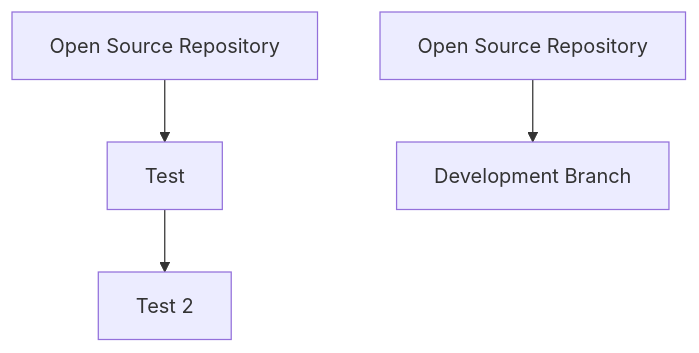
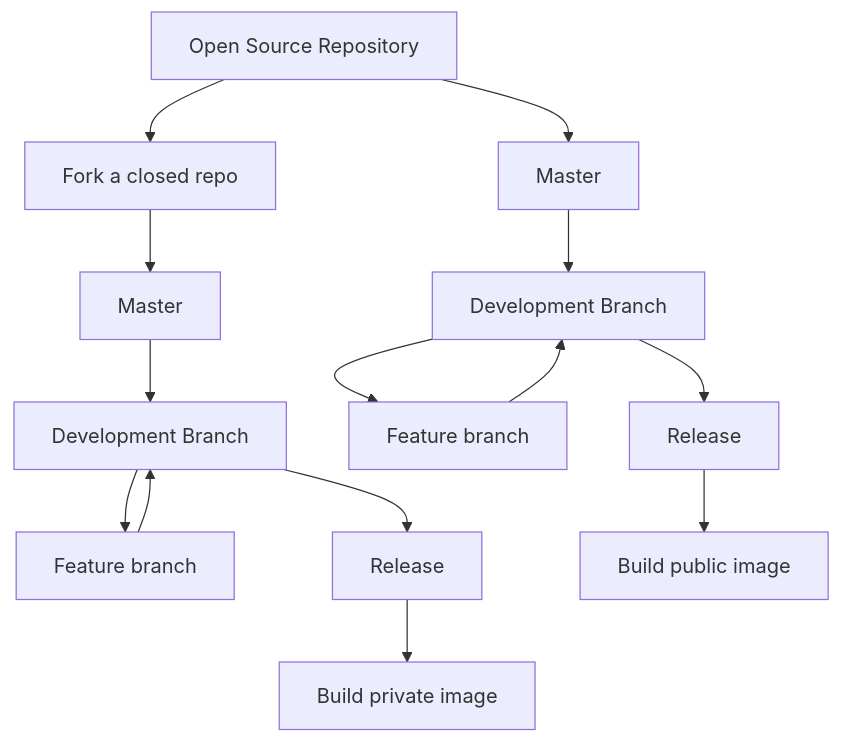
Before and after one commit to sumesh-aot/forms-flow-ai-rfcs: the second of 2 diagrams in rfcs/packaging-changes.md, drawn with Mermaid.

````diff
--- a/rfcs/packaging-changes.md
+++ b/rfcs/packaging-changes.md
@@ -40,8 +40,19 @@
 ```mermaid
 graph TD
-  A[Open Source Repository] --> B[Development Branch]
-  B[Test] --> E[Test 2]
-  C[Open Source Repository] --> D[Development Branch]
+  O1[Open Source Repository] --> C1[Fork a closed repo]
+  C1 --> C2[Master]
+  C2 --> C3[Development Branch]
+  C3 --> C4[Feature branch]
+  C4 --> C3
+  C3 --> C5[Release]
+  C5 --> C6[Build private image]
+
+  O1 --> O2[Master]
+  O2 --> O3[Development Branch]
+  O3 --> O4[Feature branch]
+  O4 --> O3
+  O3 --> O5[Release]
+  O5 --> O6[Build public image]
 
 
 ```
````
